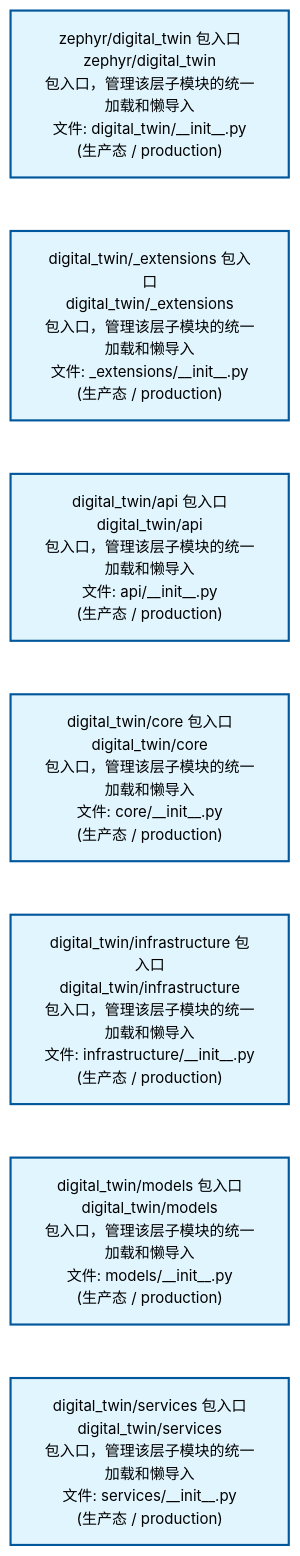
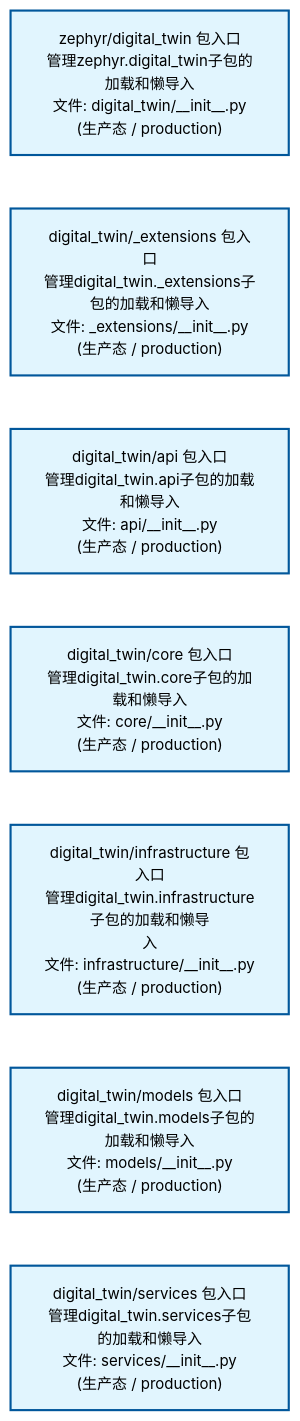
The second of 2 diagrams in docs/02_enterprise_architecture/02_domain_architecture_docs/42_d_digital_twin.md (xuanFelixVan/ZephyrAlpha), drawn with Mermaid before and after one commit. The commit also changed other lines of this file and 59 other files, not shown here.

````diff
--- a/docs/02_enterprise_architecture/02_domain_architecture_docs/42_d_digital_twin.md
+++ b/docs/02_enterprise_architecture/02_domain_architecture_docs/42_d_digital_twin.md
@@ -80,22 +80,22 @@
 ```mermaid
 %%{init: {'theme': 'base', 'themeVariables': {'primaryColor': '#eaeaea', 'primaryTextColor': '#333333', 'primaryBorderColor': '#666666', 'lineColor': '#666666', 'secondaryColor': '#eaeaea', 'tertiaryColor': '#eaeaea', 'fontSize': '14px'}}}%%
 flowchart TD
-    src_zephyr_digital_twin_init_py["zephyr/digital_twin 包入口<br/>zephyr/digital_twin<br/>包入口，管理该层子模块的统一加载和懒导入<br/>文件: digital_twin/__init__.py<br/>(生产态 / production)"]
-    src_zephyr_digital_twin_extensions_init_py["digital_twin/_extensions 包入口<br/>digital_twin/_extensions<br/>包入口，管理该层子模块的统一加载和懒导入<br/>文件: _extensions/__init__.py<br/>(生产态 / production)"]
-    src_zephyr_digital_twin_api_init_py["digital_twin/api 包入口<br/>digital_twin/api<br/>包入口，管理该层子模块的统一加载和懒导入<br/>文件: api/__init__.py<br/>(生产态 / production)"]
-    src_zephyr_digital_twin_core_init_py["digital_twin/core 包入口<br/>digital_twin/core<br/>包入口，管理该层子模块的统一加载和懒导入<br/>文件: core/__init__.py<br/>(生产态 / production)"]
-    src_zephyr_digital_twin_infrastructure_init_py["digital_twin/infrastructure 包入口<br/>digital_twin/infrastructure<br/>包入口，管理该层子模块的统一加载和懒导入<br/>文件: infrastructure/__init__.py<br/>(生产态 / production)"]
-    src_zephyr_digital_twin_models_init_py["digital_twin/models 包入口<br/>digital_twin/models<br/>包入口，管理该层子模块的统一加载和懒导入<br/>文件: models/__init__.py<br/>(生产态 / production)"]
-    src_zephyr_digital_twin_services_init_py["digital_twin/services 包入口<br/>digital_twin/services<br/>包入口，管理该层子模块的统一加载和懒导入<br/>文件: services/__init__.py<br/>(生产态 / production)"]
+    src_zephyr_digital_twin_init_py["zephyr/digital_twin 包入口<br/>管理zephyr.digital_twin子包的加载和懒导入<br/>文件: digital_twin/__init__.py<br/>(生产态 / production)"]
+    src_zephyr_digital_twin_extensions_init_py["digital_twin/_extensions 包入口<br/>管理digital_twin._extensions子包的加载和懒导入<br/>文件: _extensions/__init__.py<br/>(生产态 / production)"]
+    src_zephyr_digital_twin_api_init_py["digital_twin/api 包入口<br/>管理digital_twin.api子包的加载和懒导入<br/>文件: api/__init__.py<br/>(生产态 / production)"]
+    src_zephyr_digital_twin_core_init_py["digital_twin/core 包入口<br/>管理digital_twin.core子包的加载和懒导入<br/>文件: core/__init__.py<br/>(生产态 / production)"]
+    src_zephyr_digital_twin_infrastructure_init_py["digital_twin/infrastructure 包入口<br/>管理digital_twin.infrastructure子包的加载和懒导<br/>入<br/>文件: infrastructure/__init__.py<br/>(生产态 / production)"]
+    src_zephyr_digital_twin_models_init_py["digital_twin/models 包入口<br/>管理digital_twin.models子包的加载和懒导入<br/>文件: models/__init__.py<br/>(生产态 / production)"]
+    src_zephyr_digital_twin_services_init_py["digital_twin/services 包入口<br/>管理digital_twin.services子包的加载和懒导入<br/>文件: services/__init__.py<br/>(生产态 / production)"]
     src_zephyr_digital_twin_init_py ~~~ src_zephyr_digital_twin_extensions_init_py
     src_zephyr_digital_twin_extensions_init_py ~~~ src_zephyr_digital_twin_api_init_py
     src_zephyr_digital_twin_api_init_py ~~~ src_zephyr_digital_twin_core_init_py
     src_zephyr_digital_twin_core_init_py ~~~ src_zephyr_digital_twin_infrastructure_init_py
     src_zephyr_digital_twin_infrastructure_init_py ~~~ src_zephyr_digital_twin_models_init_py
     src_zephyr_digital_twin_models_init_py ~~~ src_zephyr_digital_twin_services_init_py
     classDef production fill:#e1f5fe,stroke:#01579b,stroke-width:2px,color:#000
     classDef design fill:#fff3e0,stroke:#e65100,stroke-width:2px,color:#000,stroke-dasharray: 5 5
     classDef external_prod fill:#e8f4fd,stroke:#0277bd,stroke-width:1px,color:#000
     classDef external_design fill:#fff8e7,stroke:#ef6c00,stroke-width:1px,color:#000,stroke-dasharray: 5 5
     class src_zephyr_digital_twin_init_py,src_zephyr_digital_twin_extensions_init_py,src_zephyr_digital_twin_api_init_py,src_zephyr_digital_twin_core_init_py,src_zephyr_digital_twin_infrastructure_init_py,src_zephyr_digital_twin_models_init_py,src_zephyr_digital_twin_services_init_py production
 ```
````
